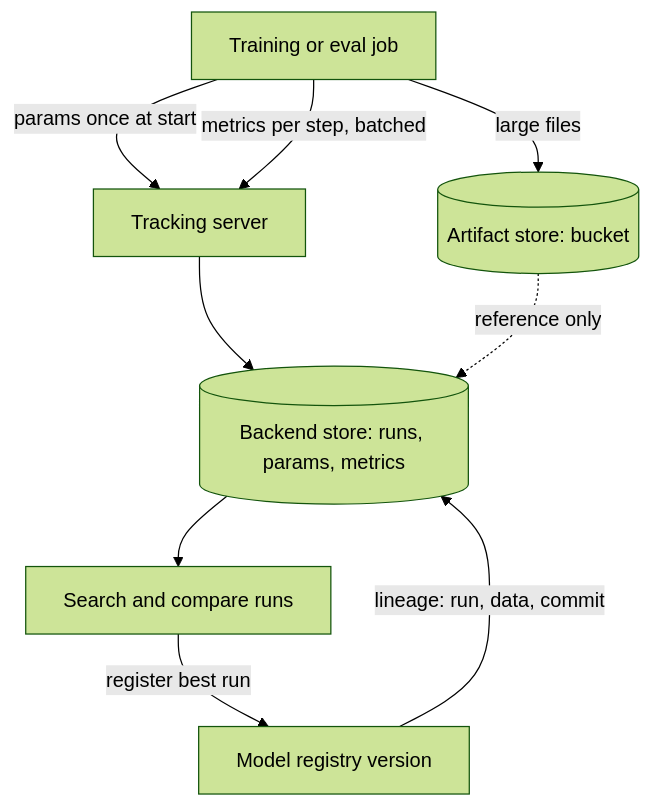
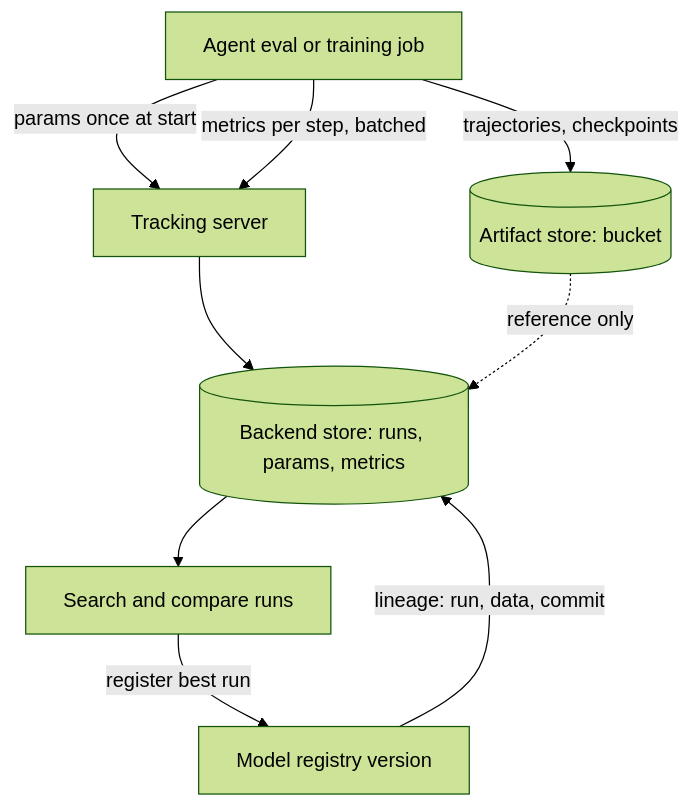
The diagram in content/llmops-platform/experiment-tracking.md (lovishmahajan97/agentic-learning), drawn with Mermaid (forest theme) before and after one commit. The commit also changed other lines of this file and 454 other files, not shown here.

````diff
--- a/content/llmops-platform/experiment-tracking.md
+++ b/content/llmops-platform/experiment-tracking.md
@@ -127,11 +144,11 @@
 ```mermaid
 flowchart TD
-    J["Training or eval job"] -->|"params once at start"| T["Tracking server"]
+    J["Agent eval or training job"] -->|"params once at start"| T["Tracking server"]
     J -->|"metrics per step, batched"| T
-    J -->|"large files"| A[("Artifact store: bucket")]
+    J -->|"trajectories, checkpoints"| A[("Artifact store: bucket")]
     T --> DB[("Backend store: runs, params, metrics")]
     A -.->|"reference only"| DB
     DB --> Q["Search and compare runs"]
     Q -->|"register best run"| R["Model registry version"]
     R -->|"lineage: run, data, commit"| DB
 ```
````
